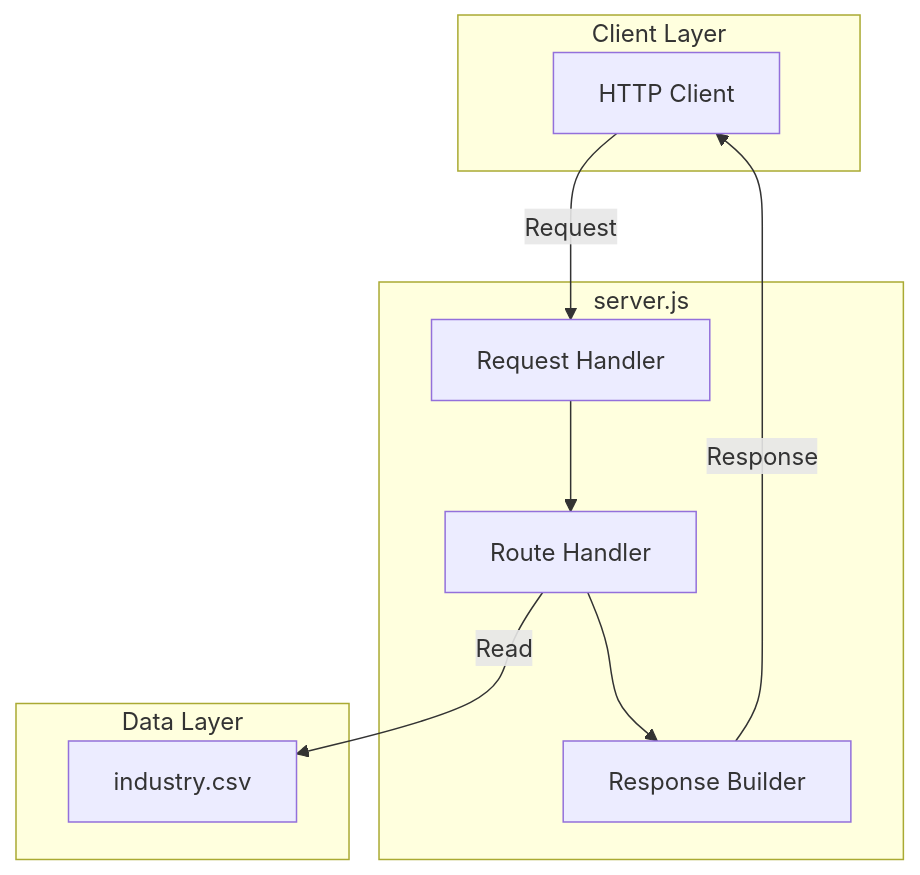
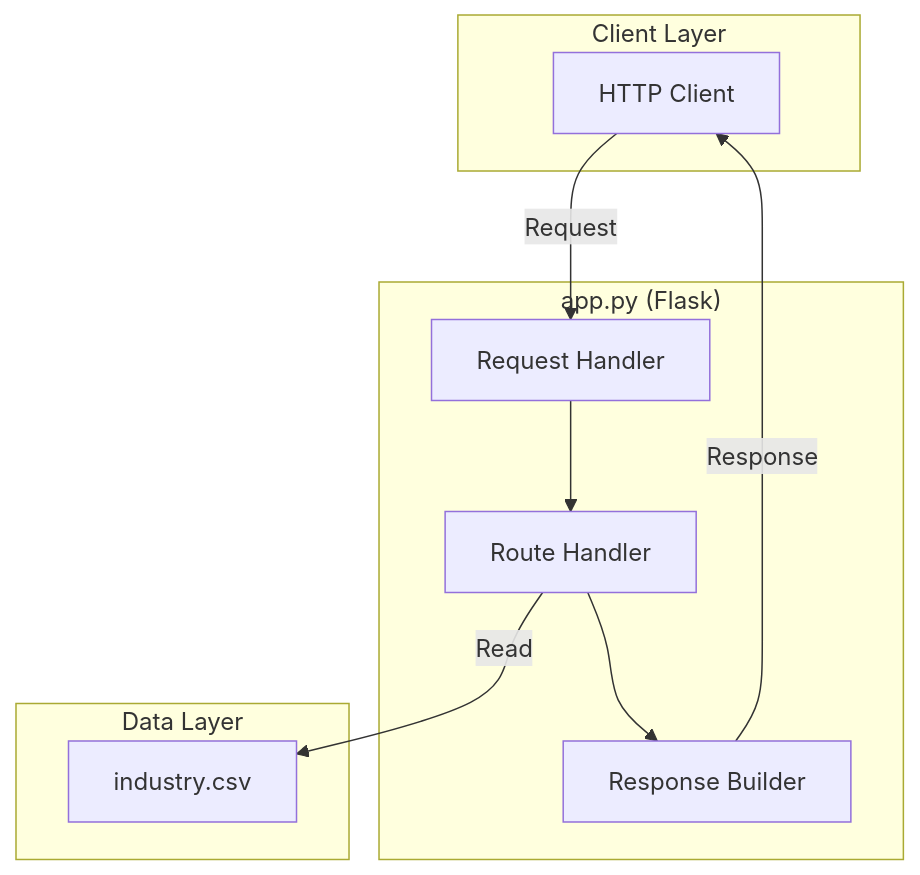
Before and after one commit to Sandeep02Kumar02/17-dec-Sandeep-branch: the first of 2 diagrams in README.md, drawn with Mermaid. The commit also changed other lines of this file and 4 other files, not shown here.

First line of the commit message:
feat: Convert Node.js server to Python 3 Flask application

````diff
--- a/README.md
+++ b/README.md
@@ -43,22 +44,22 @@
 ```mermaid
 flowchart TB
     subgraph Client["Client Layer"]
         HTTP["HTTP Client"]
     end
     
-    subgraph Server["server.js"]
+    subgraph Server["app.py (Flask)"]
         HANDLER["Request Handler"]
         ROUTER["Route Handler"]
         RESPONSE["Response Builder"]
     end
     
     subgraph Data["Data Layer"]
         CSV["industry.csv"]
     end
     
     HTTP -->|Request| HANDLER
     HANDLER --> ROUTER
     ROUTER -->|Read| CSV
     ROUTER --> RESPONSE
     RESPONSE -->|Response| HTTP
 ```
````
